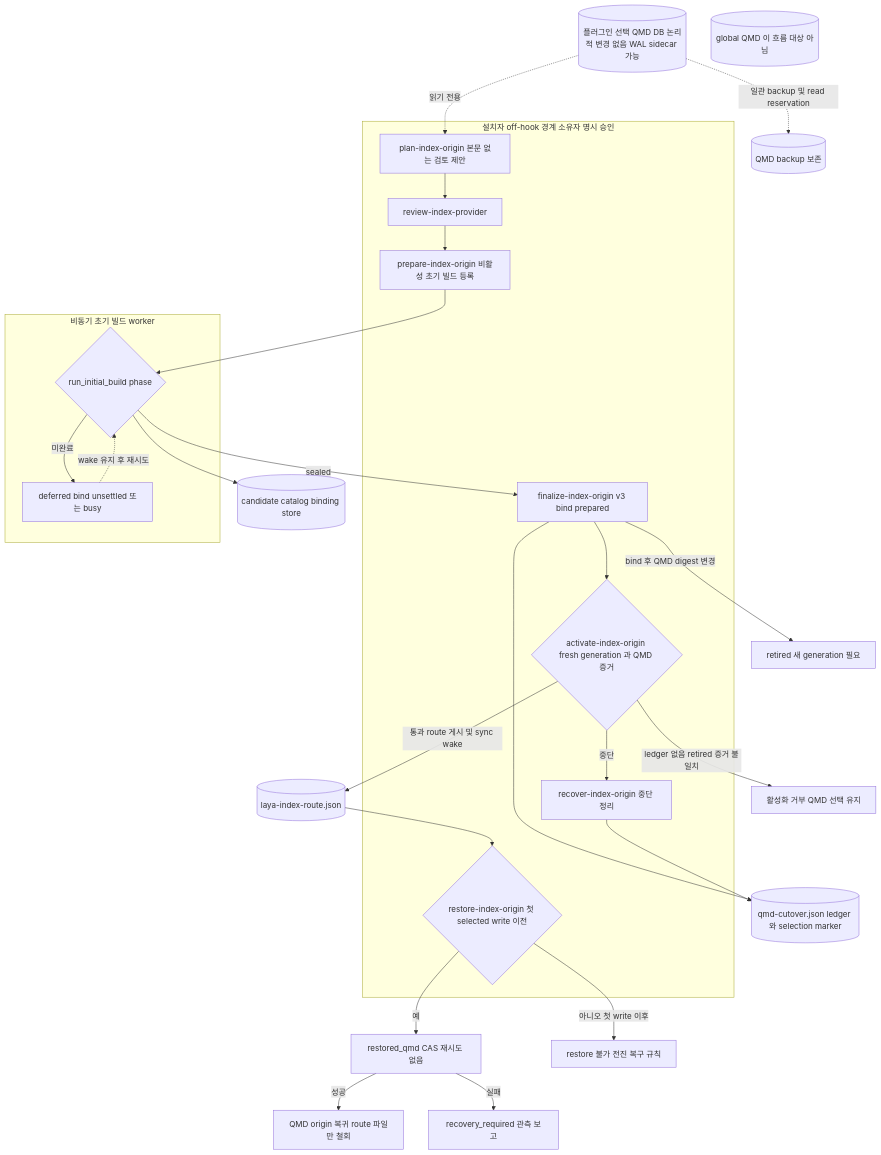
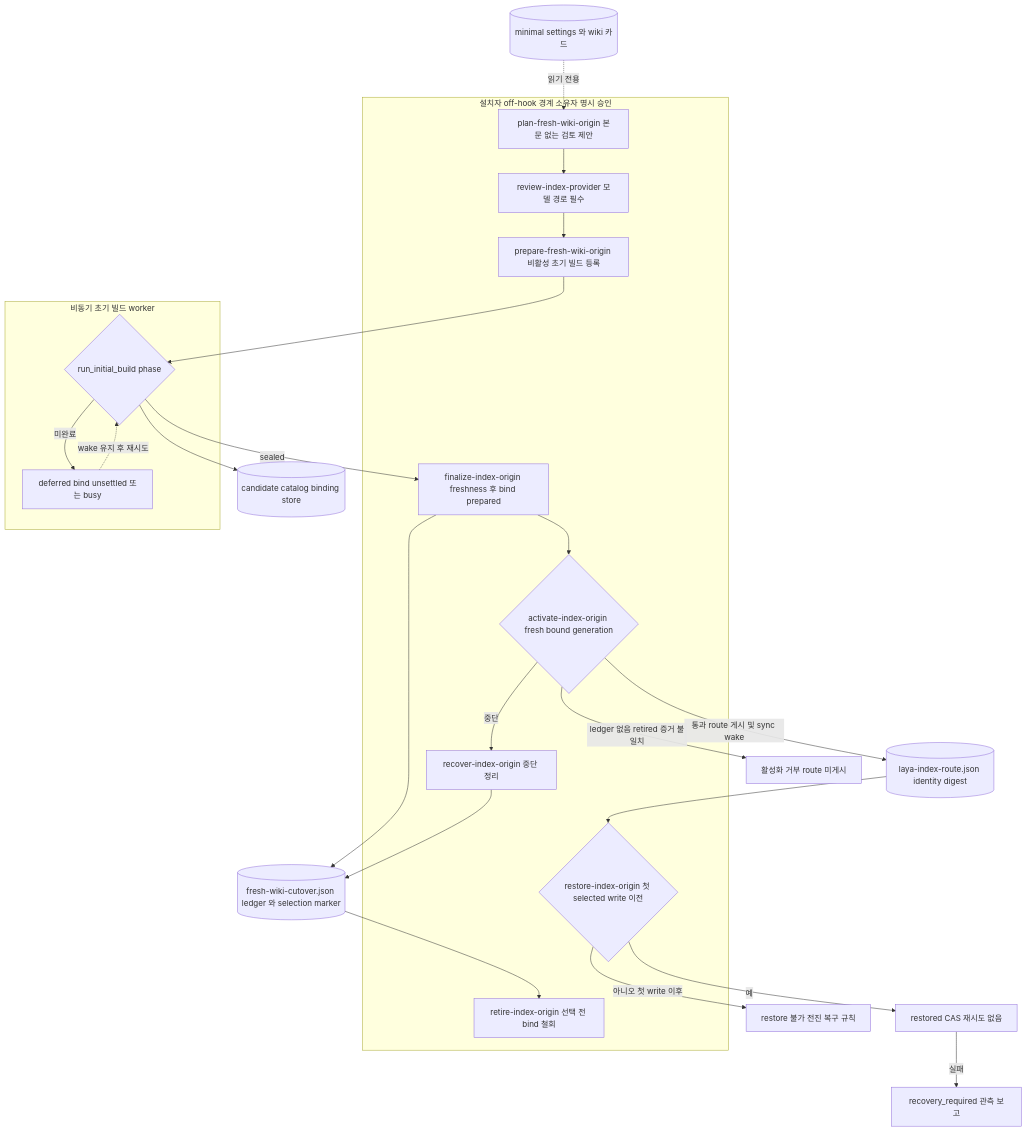
Before and after one commit to zbdulee/memvane: the diagram in docs/architecture/flows/05-migration-recovery.md, drawn with Mermaid. The commit also changed other lines of this file and 63 other files, not shown here.

First line of the commit message:
cleanup: remove QMD-origin selection and detach code

````diff
--- a/docs/architecture/flows/05-migration-recovery.md
+++ b/docs/architecture/flows/05-migration-recovery.md
@@ -24,50 +18,45 @@
 ```mermaid
 flowchart TD
   subgraph OWN["설치자 off-hook 경계 소유자 명시 승인"]
-    PL["plan-index-origin 본문 없는 검토 제안"]
-    PV["review-index-provider"]
-    PP["prepare-index-origin 비활성 초기 빌드 등록"]
-    FN["finalize-index-origin v3 bind prepared"]
-    AC{"activate-index-origin fresh generation 과 QMD 증거"}
+    PL["plan-fresh-wiki-origin 본문 없는 검토 제안"]
+    PV["review-index-provider 모델 경로 필수"]
+    PP["prepare-fresh-wiki-origin 비활성 초기 빌드 등록"]
+    FN["finalize-index-origin freshness 후 bind prepared"]
+    AC{"activate-index-origin fresh bound generation"}
     RC["recover-index-origin 중단 정리"]
     RT{"restore-index-origin 첫 selected write 이전"}
+    RE["retire-index-origin 선택 전 bind 철회"]
   end
   subgraph BG["비동기 초기 빌드 worker"]
     IB{"run_initial_build phase"}
     DF["deferred bind unsettled 또는 busy"]
   end
-  QD[("플러그인 선택 QMD DB 논리적 변경 없음 WAL sidecar 가능")]
-  BK[("QMD backup 보존")]
+  ST[("minimal settings 와 wiki 카드")]
   CS[("candidate catalog binding store")]
-  LG[("qmd-cutover.json ledger 와 selection marker")]
-  RF[("laya-index-route.json")]
-  GQ[("global QMD 이 흐름 대상 아님")]
-  RTR["retired 새 generation 필요"]
-  NO["활성화 거부 QMD 선택 유지"]
-  CAS["restored_qmd CAS 재시도 없음"]
-  QO["QMD origin 복귀 route 파일만 철회"]
+  LG[("fresh-wiki-cutover.json ledger 와 selection marker")]
+  RF[("laya-index-route.json identity digest")]
+  NO["활성화 거부 route 미게시"]
+  CAS["restored CAS 재시도 없음"]
   FW["restore 불가 전진 복구 규칙"]
   RQ["recovery_required 관측 보고"]
 
-  QD -.->|"읽기 전용"| PL
-  QD -.->|"일관 backup 및 read reservation"| BK
+  ST -.->|"읽기 전용"| PL
   PL --> PV
   PV --> PP
   PP --> IB
   IB -->|"미완료"| DF
   DF -.->|"wake 유지 후 재시도"| IB
   IB --> CS
   IB -->|"sealed"| FN
   FN --> LG
-  FN -->|"bind 후 QMD digest 변경"| RTR
+  LG --> RE
   FN --> AC
   AC -->|"ledger 없음 retired 증거 불일치"| NO
   AC -->|"통과 route 게시 및 sync wake"| RF
   AC -->|"중단"| RC
   RC --> LG
   RF --> RT
   RT -->|"예"| CAS
-  CAS -->|"성공"| QO
   CAS -->|"실패"| RQ
   RT -->|"아니오 첫 write 이후"| FW
 ```
````
